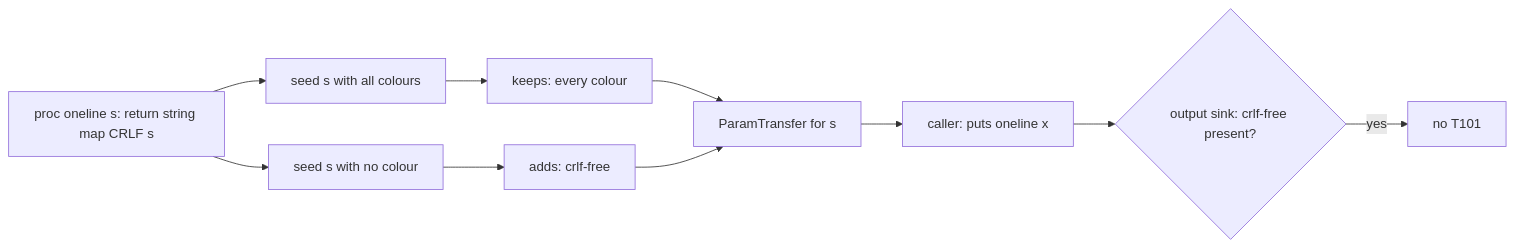
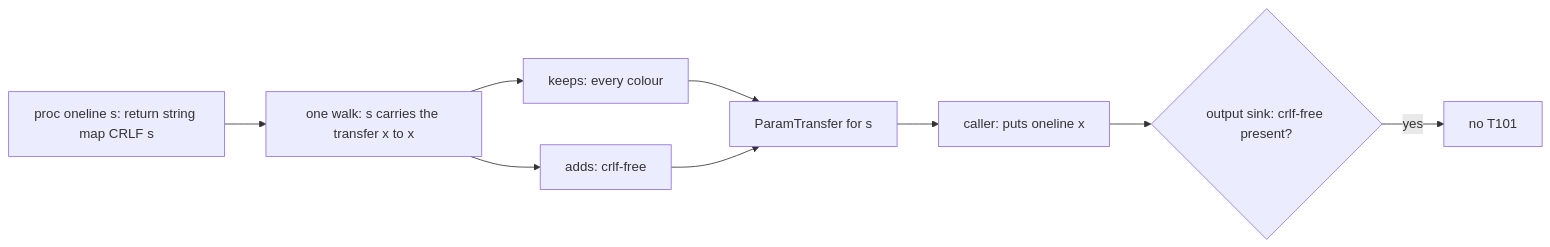
The third of 4 diagrams in docs/design/registry/model/393-taint.md (bitwisecook/tcl-lsp), drawn with Mermaid before and after one commit. The commit also changed other lines of this file and 11 other files, not shown here.

````diff
--- a/docs/design/registry/model/393-taint.md
+++ b/docs/design/registry/model/393-taint.md
@@ -249,12 +266,11 @@
 ```mermaid
 flowchart LR
-  callee["proc oneline s: return string map CRLF s"] --> run1["seed s with all colours"]
-  callee --> run2["seed s with no colour"]
-  run1 --> keeps["keeps: every colour"]
-  run2 --> adds["adds: crlf-free"]
+  callee["proc oneline s: return string map CRLF s"] --> walk["one walk: s carries the transfer x to x"]
+  walk --> keeps["keeps: every colour"]
+  walk --> adds["adds: crlf-free"]
   keeps --> summary["ParamTransfer for s"]
   adds --> summary
   summary --> caller["caller: puts oneline x"]
   caller --> check{"output sink: crlf-free present?"}
   check -- "yes" --> quiet["no T101"]
 ```
````
